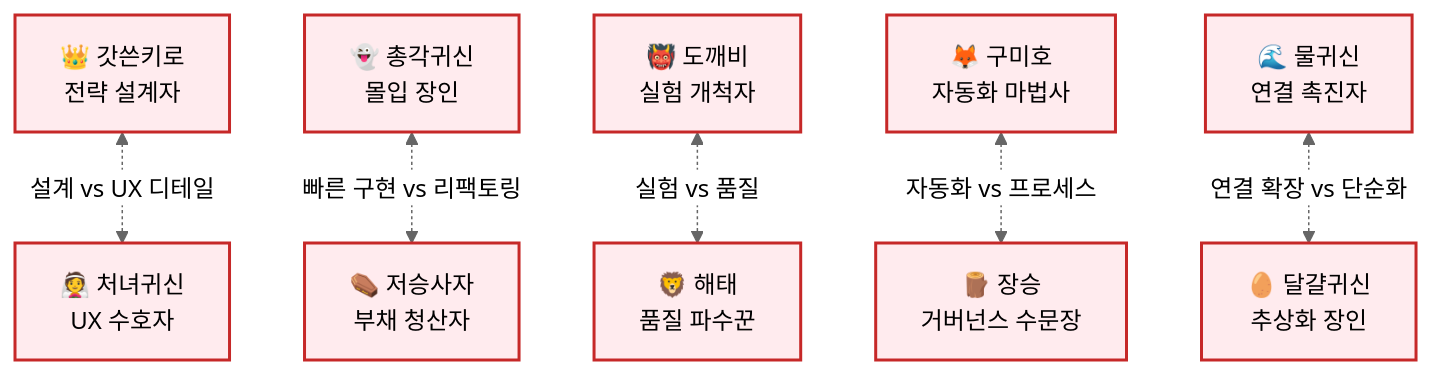
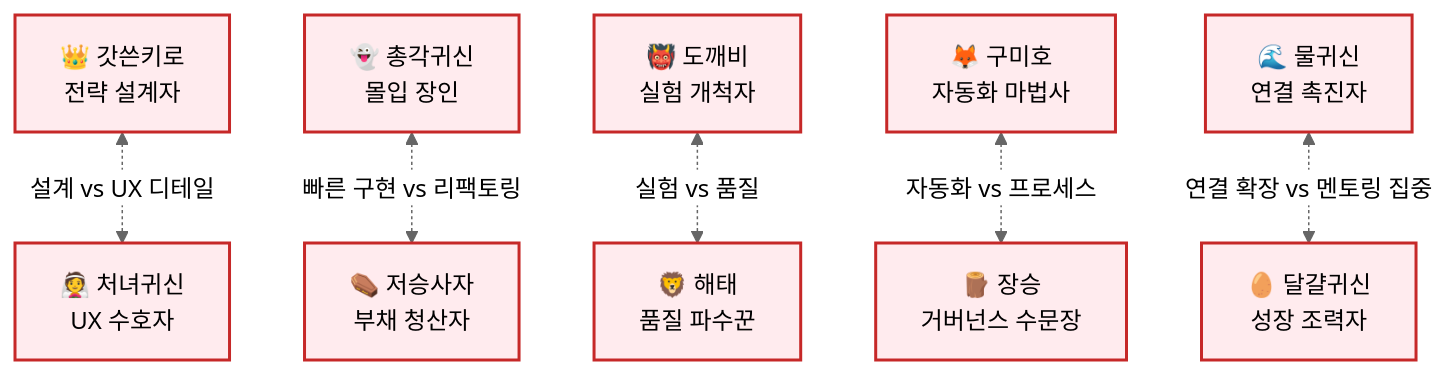
Before and after one commit to yansonz/kiro-friends: the second of 3 diagrams in docs/character-network.md, drawn with Mermaid (neutral theme). The commit also changed other lines of this file and 2 other files, not shown here.

First line of the commit message:
feat(i18n): update Dalgyal character to Growth Facilitator

````diff
--- a/docs/character-network.md
+++ b/docs/character-network.md
@@ -33,25 +33,25 @@
 ```mermaid
 graph TB
     %% 캐릭터 노드
     gatssn["👑 갓쓴키로<br/>전략 설계자"]
     chonggak["👻 총각귀신<br/>몰입 장인"]
     cheonyeo["👰 처녀귀신<br/>UX 수호자"]
     dokkaebi["👹 도깨비<br/>실험 개척자"]
     gumiho["🦊 구미호<br/>자동화 마법사"]
     haetae["🦁 해태<br/>품질 파수꾼"]
     jangseung["🪵 장승<br/>거버넌스 수문장"]
     jeoseung["⚰️ 저승사자<br/>부채 청산자"]
     mulgwisin["🌊 물귀신<br/>연결 촉진자"]
-    dalgyal["🥚 달걀귀신<br/>추상화 장인"]
+    dalgyal["🥚 달걀귀신<br/>성장 조력자"]
     
     %% 상호 긴장 (양방향)
     gatssn <-.->|"설계 vs UX 디테일"| cheonyeo
     chonggak <-.->|"빠른 구현 vs 리팩토링"| jeoseung
     dokkaebi <-.->|"실험 vs 품질"| haetae
     gumiho <-.->|"자동화 vs 프로세스"| jangseung
-    mulgwisin <-.->|"연결 확장 vs 단순화"| dalgyal
+    mulgwisin <-.->|"연결 확장 vs 멘토링 집중"| dalgyal
     
     %% 스타일
     classDef tensionNode fill:#ffebee,stroke:#c62828,stroke-width:2px
     class gatssn,chonggak,cheonyeo,dokkaebi,gumiho,haetae,jangseung,jeoseung,mulgwisin,dalgyal tensionNode
 ```
````
